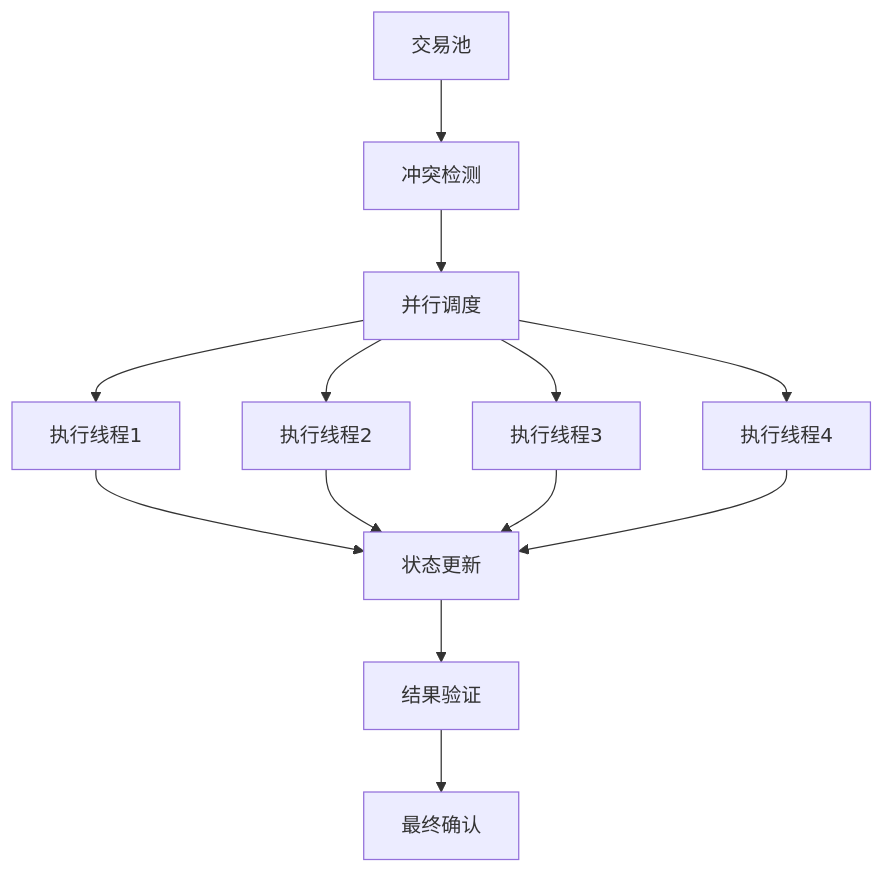
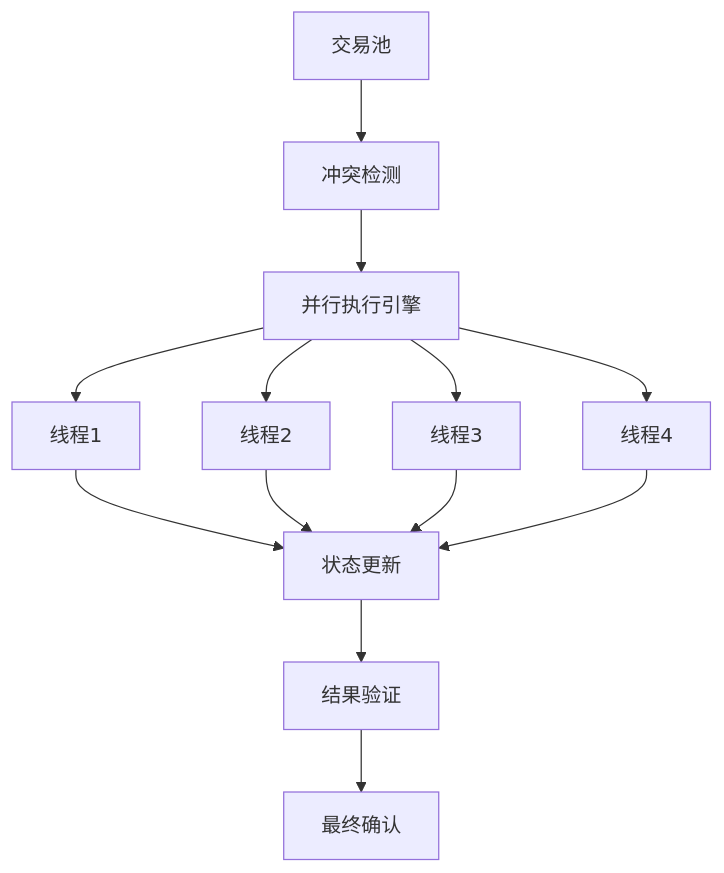
The diagram in docs/high-performance-design.md (lengzhao/chain), drawn with Mermaid before and after one commit. The commit also changed other lines of this file and 35 other files, not shown here.

````diff
--- a/docs/high-performance-design.md
+++ b/docs/high-performance-design.md
@@ -46,17 +25,17 @@
 ```mermaid
 graph TB
     A[交易池] --> B[冲突检测]
-    B --> C[并行调度]
-    C --> D1[执行线程1]
-    C --> D2[执行线程2]
-    C --> D3[执行线程3]
-    C --> D4[执行线程4]
+    B --> C[并行执行引擎]
+    C --> D1[线程1]
+    C --> D2[线程2]
+    C --> D3[线程3]
+    C --> D4[线程4]
     
     D1 --> E[状态更新]
     D2 --> E
     D3 --> E
     D4 --> E
     
     E --> F[结果验证]
     F --> G[最终确认]
 ```
````
